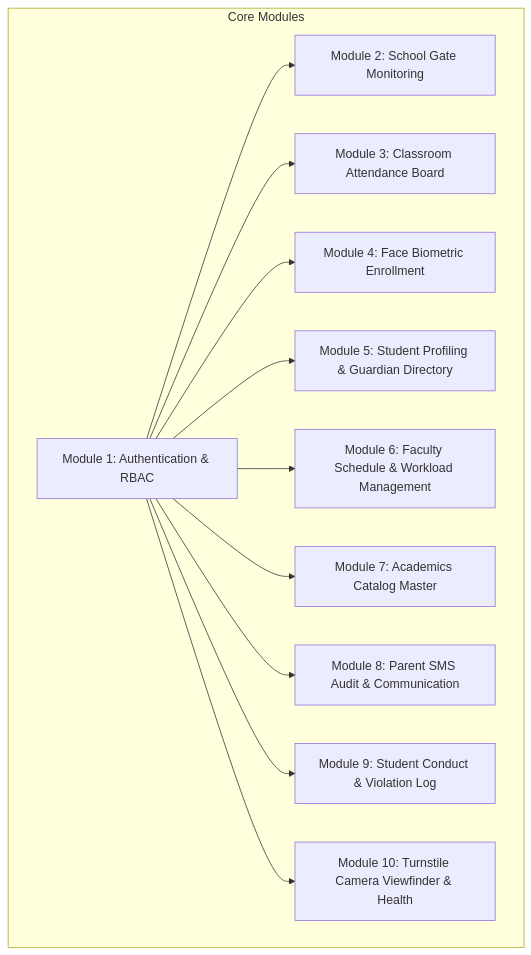
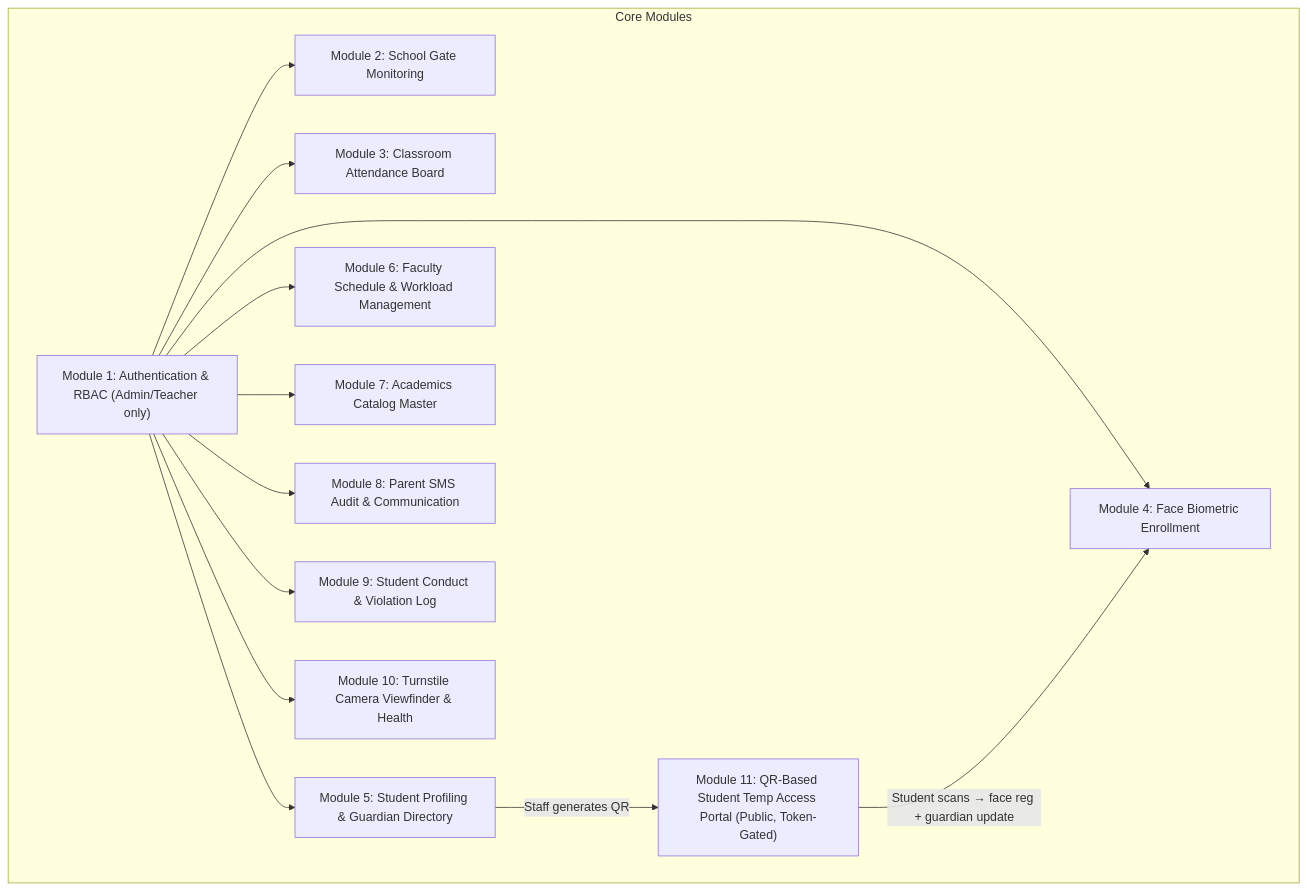
One commit to ddebi18/SRNHS-WEBAPP changed the first of 11 diagrams in SYSTEM_DESIGN.md. Above: the diagram before and after it, drawn with Mermaid. The commit also changed other lines of this file, not shown here.

Commit message:
docs: update SYSTEM_DESIGN.md for QR temp access portal

````diff
--- a/SYSTEM_DESIGN.md
+++ b/SYSTEM_DESIGN.md
@@ -71,25 +71,28 @@
 ```mermaid
 graph TD
     subgraph Core Modules
-        M1[Module 1: Authentication & RBAC]
+        M1["Module 1: Authentication & RBAC (Admin/Teacher only)"]
         M2[Module 2: School Gate Monitoring]
         M3[Module 3: Classroom Attendance Board]
         M4[Module 4: Face Biometric Enrollment]
         M5[Module 5: Student Profiling & Guardian Directory]
         M6[Module 6: Faculty Schedule & Workload Management]
         M7[Module 7: Academics Catalog Master]
         M8[Module 8: Parent SMS Audit & Communication]
         M9[Module 9: Student Conduct & Violation Log]
         M10[Module 10: Turnstile Camera Viewfinder & Health]
+        M11["Module 11: QR-Based Student Temp Access Portal (Public, Token-Gated)"]
     end
 
     M1 --> M2
     M1 --> M3
     M1 --> M4
     M1 --> M5
     M1 --> M6
     M1 --> M7
     M1 --> M8
     M1 --> M9
     M1 --> M10
+    M5 -->|"Staff generates QR"| M11
+    M11 -->|"Student scans → face reg + guardian update"| M4
 ```
````
